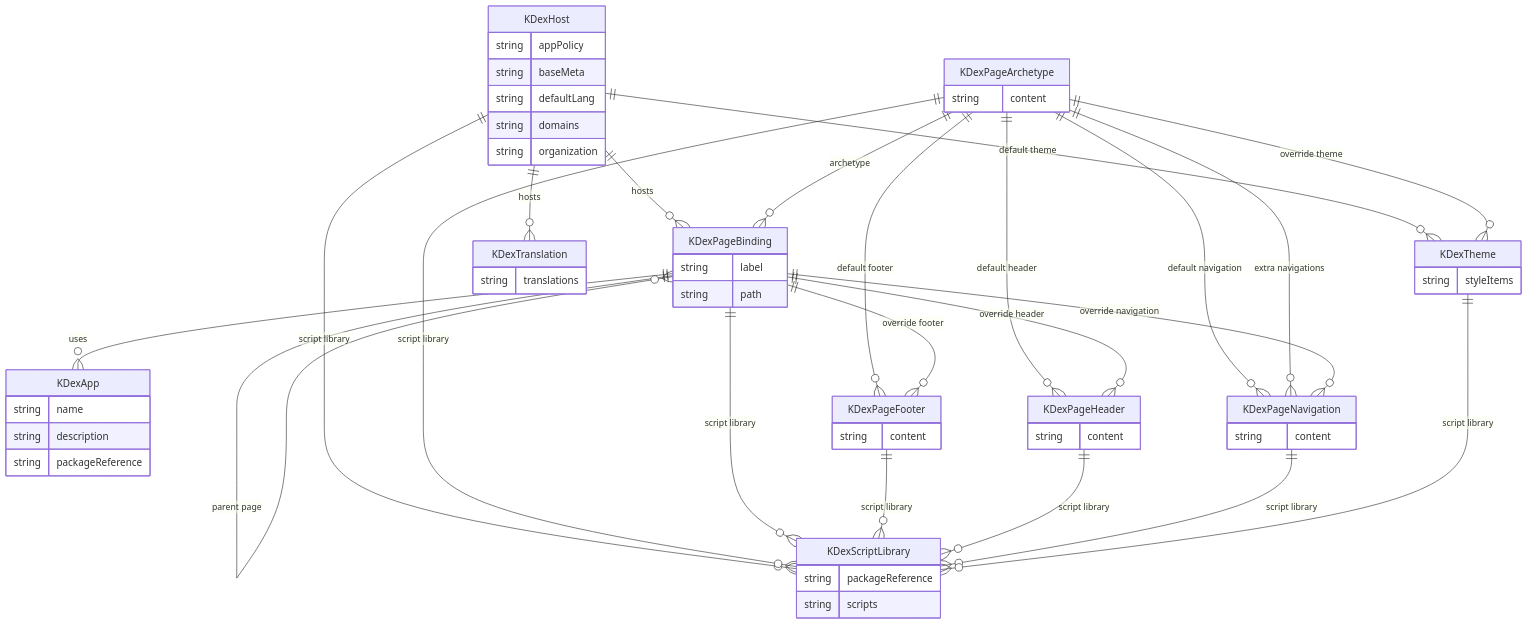
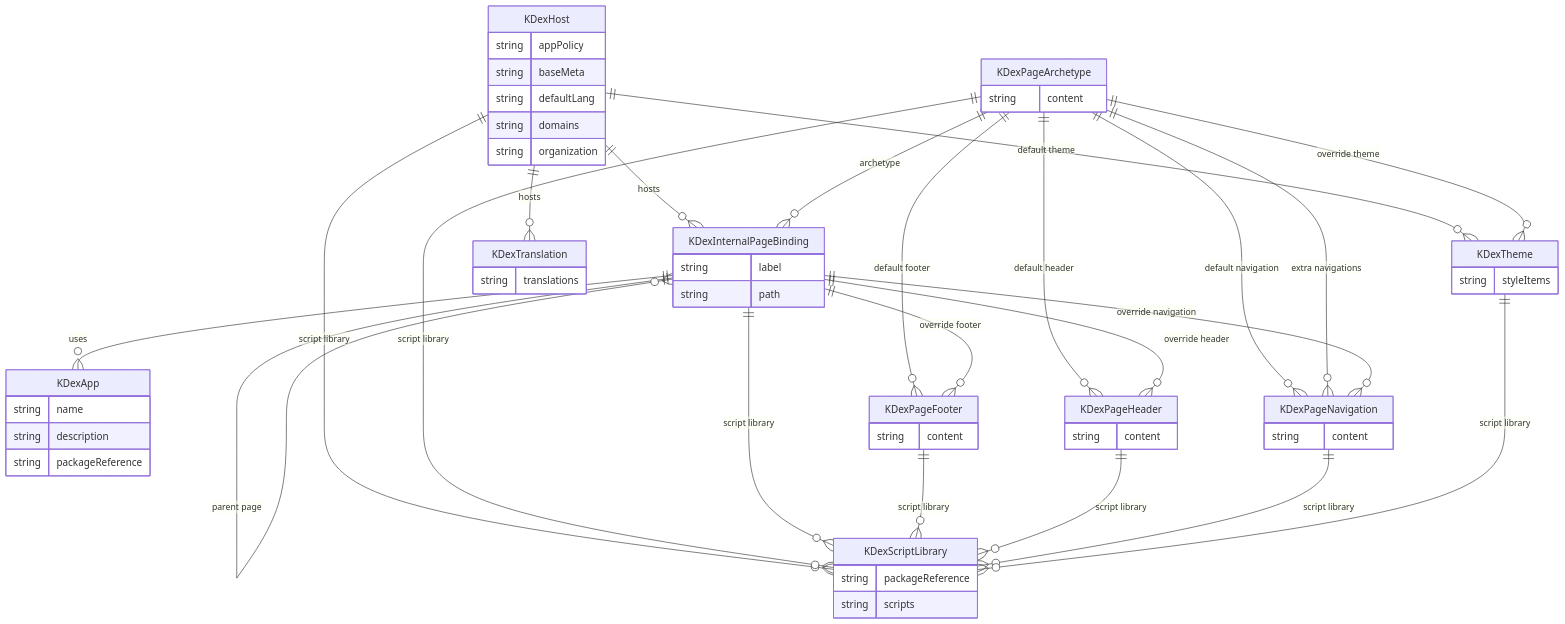
One commit to kdex-tech/kdex-crds changed the diagram in CRD_RELATIONSHIPS.md. Above: the diagram before and after it, drawn with Mermaid. The commit also changed 8 other files, not shown here.

Commit message:
Rename KDexHostPackageReferences to KDexInternalPackageReferences

````diff
--- a/CRD_RELATIONSHIPS.md
+++ b/CRD_RELATIONSHIPS.md
@@ -5,71 +5,71 @@
 ```mermaid
 erDiagram
     KDexApp {
         string name
         string description
         string packageReference
     }
 
-    KDexHost ||--o{ KDexPageBinding : "hosts"
+    KDexHost ||--o{ KDexInternalPageBinding : "hosts"
     KDexHost ||--o{ KDexScriptLibrary : "script library"
     KDexHost ||--o{ KDexTheme : "default theme"
     KDexHost ||--o{ KDexTranslation : "hosts"
     KDexHost {
         string appPolicy
         string baseMeta
         string defaultLang
         string domains
         string organization
     }
 
-    KDexPageArchetype ||--o{ KDexPageBinding : "archetype"
+    KDexPageArchetype ||--o{ KDexInternalPageBinding : "archetype"
     KDexPageArchetype ||--o{ KDexPageFooter : "default footer"
     KDexPageArchetype ||--o{ KDexPageHeader : "default header"
     KDexPageArchetype ||--o{ KDexPageNavigation : "default navigation"
     KDexPageArchetype ||--o{ KDexPageNavigation : "extra navigations"
     KDexPageArchetype ||--o{ KDexScriptLibrary : "script library"
     KDexPageArchetype ||--o{ KDexTheme : "override theme"
     KDexPageArchetype {
         string content
     }
 
-    KDexPageBinding ||--o{ KDexApp : "uses"
-    KDexPageBinding ||--o{ KDexPageBinding : "parent page"
-    KDexPageBinding ||--o{ KDexPageFooter : "override footer"
-    KDexPageBinding ||--o{ KDexPageHeader : "override header"
-    KDexPageBinding ||--o{ KDexPageNavigation : "override navigation"
-    KDexPageBinding ||--o{ KDexScriptLibrary : "script library"
-    KDexPageBinding {
+    KDexInternalPageBinding ||--o{ KDexApp : "uses"
+    KDexInternalPageBinding ||--o{ KDexInternalPageBinding : "parent page"
+    KDexInternalPageBinding ||--o{ KDexPageFooter : "override footer"
+    KDexInternalPageBinding ||--o{ KDexPageHeader : "override header"
+    KDexInternalPageBinding ||--o{ KDexPageNavigation : "override navigation"
+    KDexInternalPageBinding ||--o{ KDexScriptLibrary : "script library"
+    KDexInternalPageBinding {
         string label
         string path
     }
 
     KDexPageFooter ||--o{ KDexScriptLibrary : "script library"
     KDexPageFooter {
         string content
     }
 
     KDexPageHeader ||--o{ KDexScriptLibrary : "script library"
     KDexPageHeader {
         string content
     }
 
     KDexPageNavigation ||--o{ KDexScriptLibrary : "script library"
     KDexPageNavigation {
         string content
     }
 
     KDexScriptLibrary {
         string packageReference
         string scripts
     }
 
     KDexTheme ||--o{ KDexScriptLibrary : "script library"
     KDexTheme {
         string styleItems
     }
 
     KDexTranslation {
         string translations
     }
 ```
````
